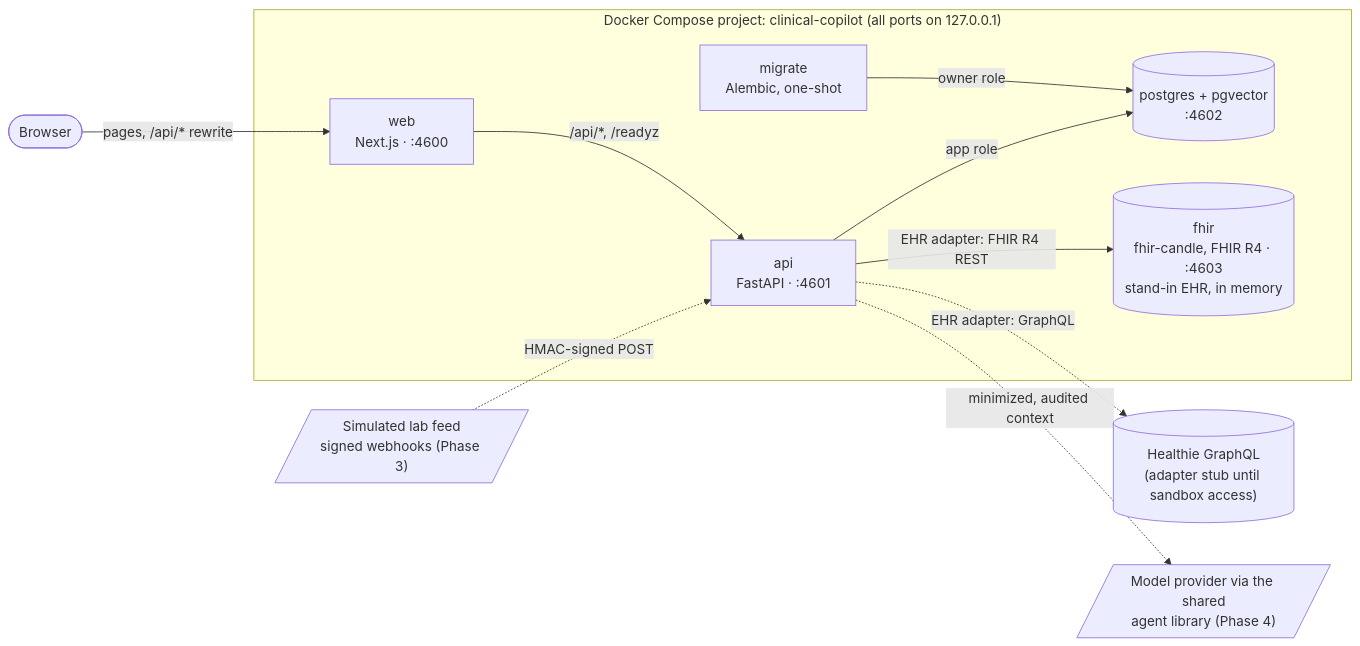
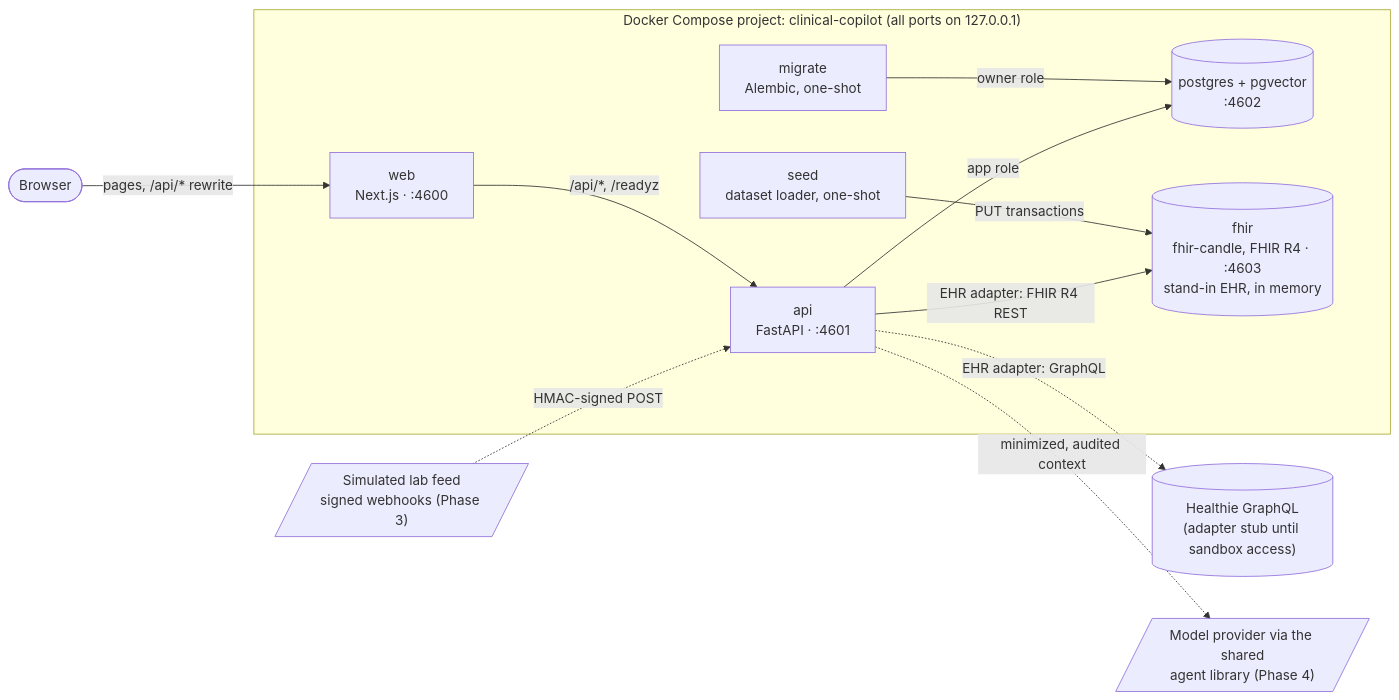
Before and after one commit to AOX-LLC/clinical-copilot: the first of 2 diagrams in docs/architecture.md, drawn with Mermaid. The commit also changed other lines of this file and 6 other files, not shown here.

First line of the commit message:
Document the data layer: ADR 0014, architecture, threat model and conventions

````diff
--- a/docs/architecture.md
+++ b/docs/architecture.md
@@ -9,23 +9,25 @@
 ```mermaid
 flowchart LR
     browser([Browser])
     subgraph stack["Docker Compose project: clinical-copilot (all ports on 127.0.0.1)"]
         web["web<br/>Next.js · :4600"]
         api["api<br/>FastAPI · :4601"]
         migrate["migrate<br/>Alembic, one-shot"]
+        seed["seed<br/>dataset loader, one-shot"]
         db[("postgres + pgvector<br/>:4602")]
         fhir[("fhir<br/>fhir-candle, FHIR R4 · :4603<br/>stand-in EHR, in memory")]
     end
     healthie[("Healthie GraphQL<br/>(adapter stub until sandbox access)")]
     labs[/"Simulated lab feed<br/>signed webhooks (Phase 3)"/]
     model[/"Model provider via the shared<br/>agent library (Phase 4)"/]
 
     browser -->|"pages, /api/* rewrite"| web
     web -->|"/api/*, /readyz"| api
     migrate -->|"owner role"| db
+    seed -->|"PUT transactions"| fhir
     api -->|"app role"| db
     api -->|"EHR adapter: FHIR R4 REST"| fhir
     api -.->|"EHR adapter: GraphQL"| healthie
     labs -.->|"HMAC-signed POST"| api
     api -.->|"minimized, audited context"| model
 ```
````
